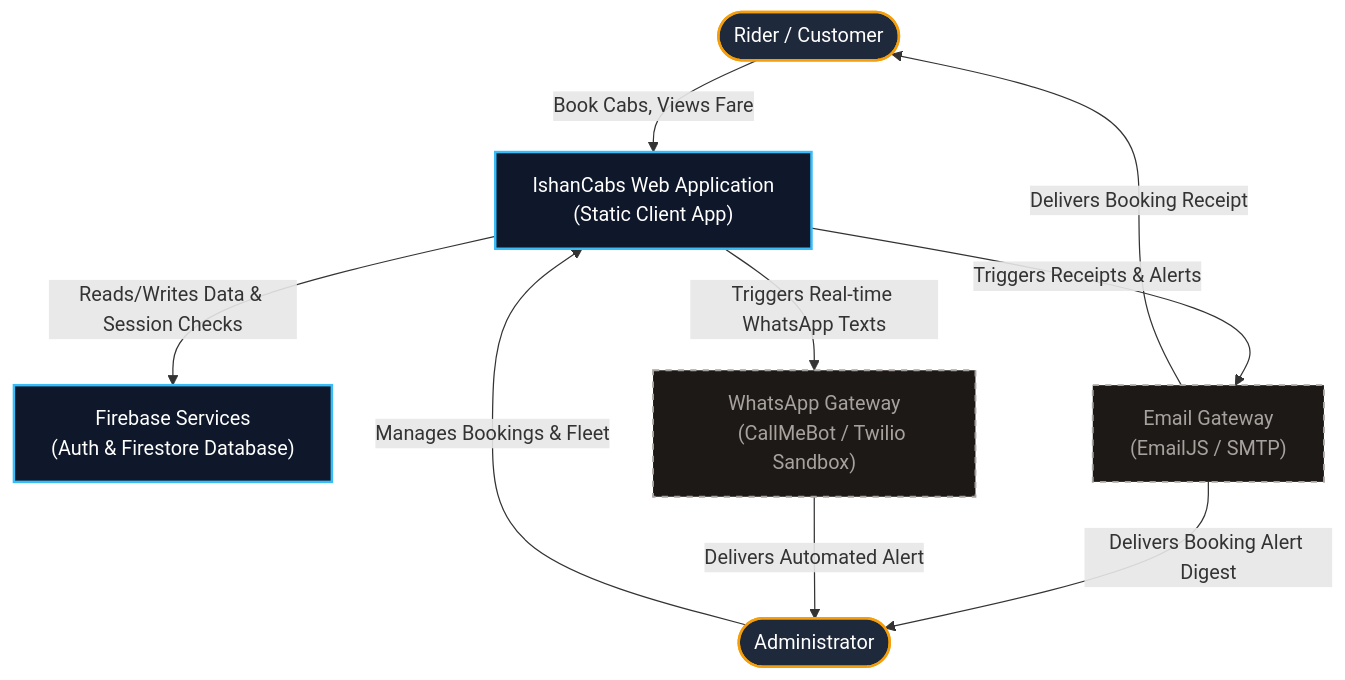
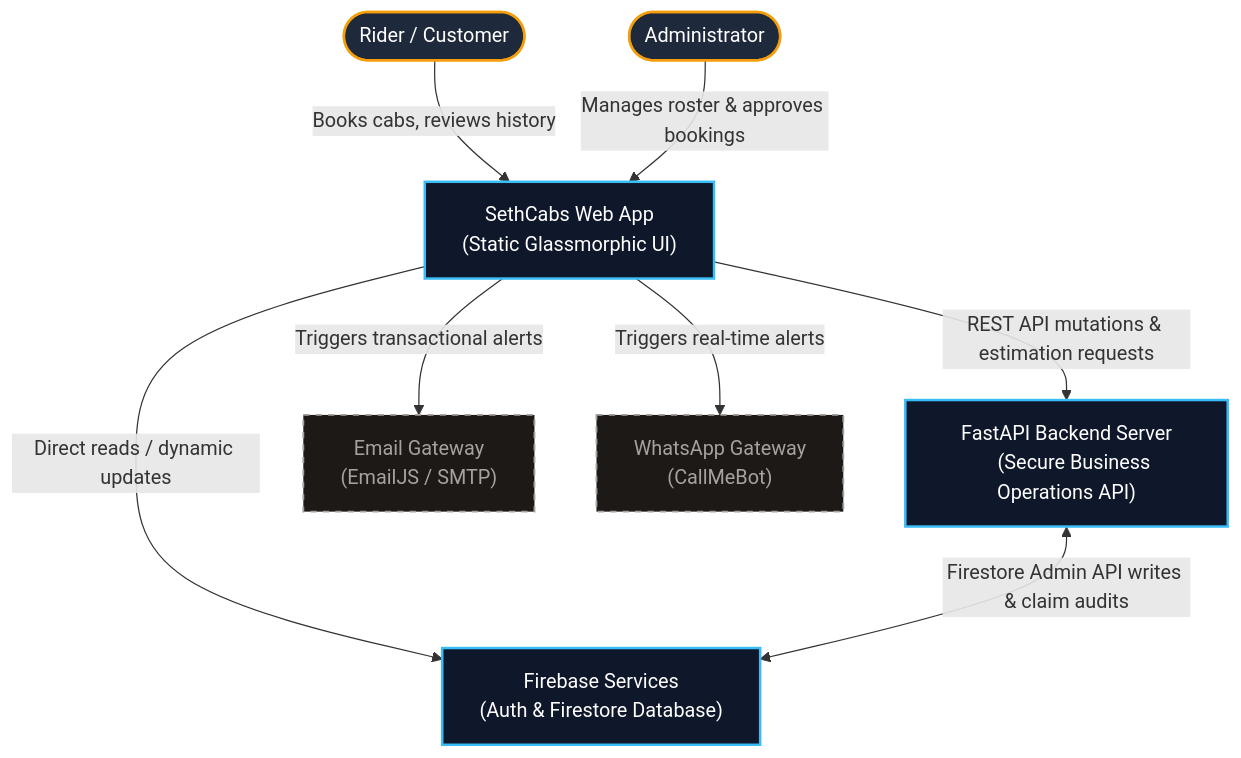
The first of 5 diagrams in docs/application_design.md (ishanm03/cab-website-cloud), drawn with Mermaid before and after one commit. The commit also changed other lines of this file, not shown here.

Commit message:
docs: rewrite application_design.md with Section 6 detailed components explanation

````diff
--- a/docs/application_design.md
+++ b/docs/application_design.md
@@ -25,34 +23,36 @@
 ```mermaid
 graph TB
     %% Styling
     classDef actor fill:#1E293B,stroke:#F59E0B,stroke-width:2px,color:#fff;
     classDef system fill:#0F172A,stroke:#38BDF8,stroke-width:2px,color:#fff;
     classDef external fill:#1C1917,stroke:#A8A29E,stroke-width:1.5px,stroke-dasharray: 5 5,color:#A8A29E;
 
     Rider([Rider / Customer]):::actor
     Admin([Administrator]):::actor
 
-    IshanCabs["IshanCabs Web Application
-    (Static Client App)"]:::system
+    SethCabsApp["SethCabs Web App
+    (Static Glassmorphic UI)"]:::system
     
+    FastAPI["FastAPI Backend Server
+    (Secure Business Operations API)"]:::system
+
     Firebase["Firebase Services
     (Auth & Firestore Database)"]:::system
     
     EmailGateway["Email Gateway
     (EmailJS / SMTP)"]:::external
     
     WAGateway["WhatsApp Gateway
-    (CallMeBot / Twilio Sandbox)"]:::external
+    (CallMeBot)"]:::external
 
     %% Relations
-    Rider -->|"Book Cabs, Views Fare"| IshanCabs
-    Admin -->|"Manages Bookings & Fleet"| IshanCabs
+    Rider -->|"Books cabs, reviews history"| SethCabsApp
+    Admin -->|"Manages roster & approves bookings"| SethCabsApp
     
-    IshanCabs -->|"Reads/Writes Data & Session Checks"| Firebase
-    IshanCabs -->|"Triggers Receipts & Alerts"| EmailGateway
-    IshanCabs -->|"Triggers Real-time WhatsApp Texts"| WAGateway
+    SethCabsApp -->|"Direct reads / dynamic updates"| Firebase
+    SethCabsApp -->|"REST API mutations & estimation requests"| FastAPI
+    FastAPI <-->|"Firestore Admin API writes & claim audits"| Firebase
     
-    EmailGateway -->|"Delivers Booking Receipt"| Rider
-    EmailGateway -->|"Delivers Booking Alert Digest"| Admin
-    WAGateway -->|"Delivers Automated Alert"| Admin
+    SethCabsApp -->|"Triggers transactional alerts"| EmailGateway
+    SethCabsApp -->|"Triggers real-time alerts"| WAGateway
 ```
````
